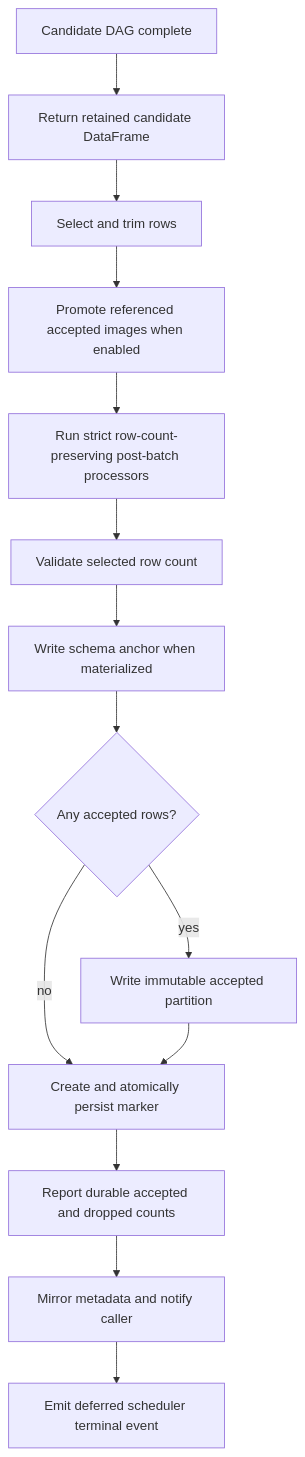
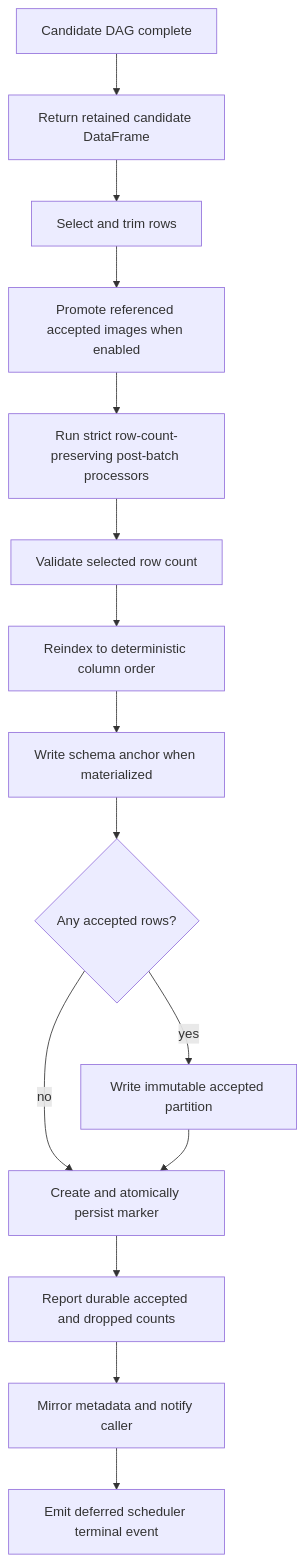
Before and after one commit to NVIDIA-NeMo/DataDesigner: the fourth of 7 diagrams in plans/790/engine-native-record-selection.md, drawn with Mermaid. The commit also changed other lines of this file, not shown here.

````diff
--- a/plans/790/engine-native-record-selection.md
+++ b/plans/790/engine-native-record-selection.md
@@ -677,16 +682,17 @@
 ```mermaid
 flowchart TD
     dag["Candidate DAG complete"] --> retained["Return retained candidate DataFrame"]
     retained --> select["Select and trim rows"]
     select --> media["Promote referenced accepted images when enabled"]
     media --> post["Run strict row-count-preserving post-batch processors"]
     post --> validate["Validate selected row count"]
-    validate --> schema["Write schema anchor when materialized"]
+    validate --> order["Reindex to deterministic column order"]
+    order --> schema["Write schema anchor when materialized"]
     schema --> write{"Any accepted rows?"}
     write -->|yes| parquet["Write immutable accepted partition"]
     write -->|no| marker["Create and atomically persist marker"]
     parquet --> marker
     marker --> telemetry["Report durable accepted and dropped counts"]
     telemetry --> mirror["Mirror metadata and notify caller"]
     mirror --> terminal["Emit deferred scheduler terminal event"]
 ```
````
